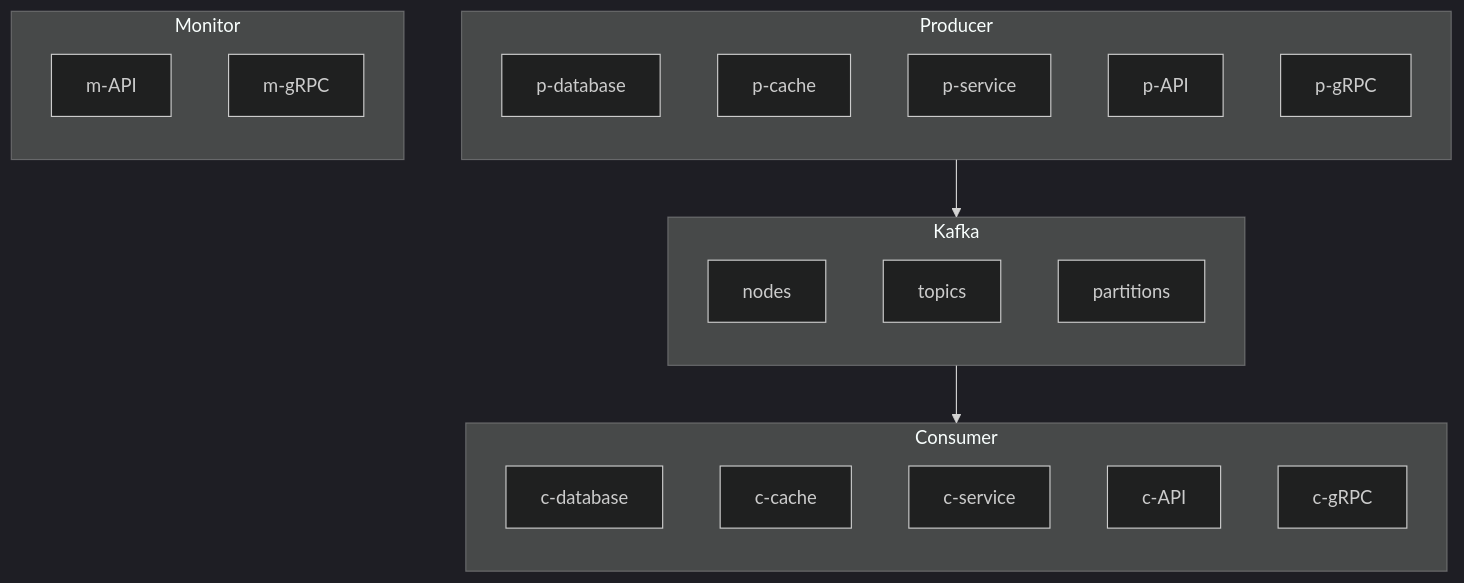
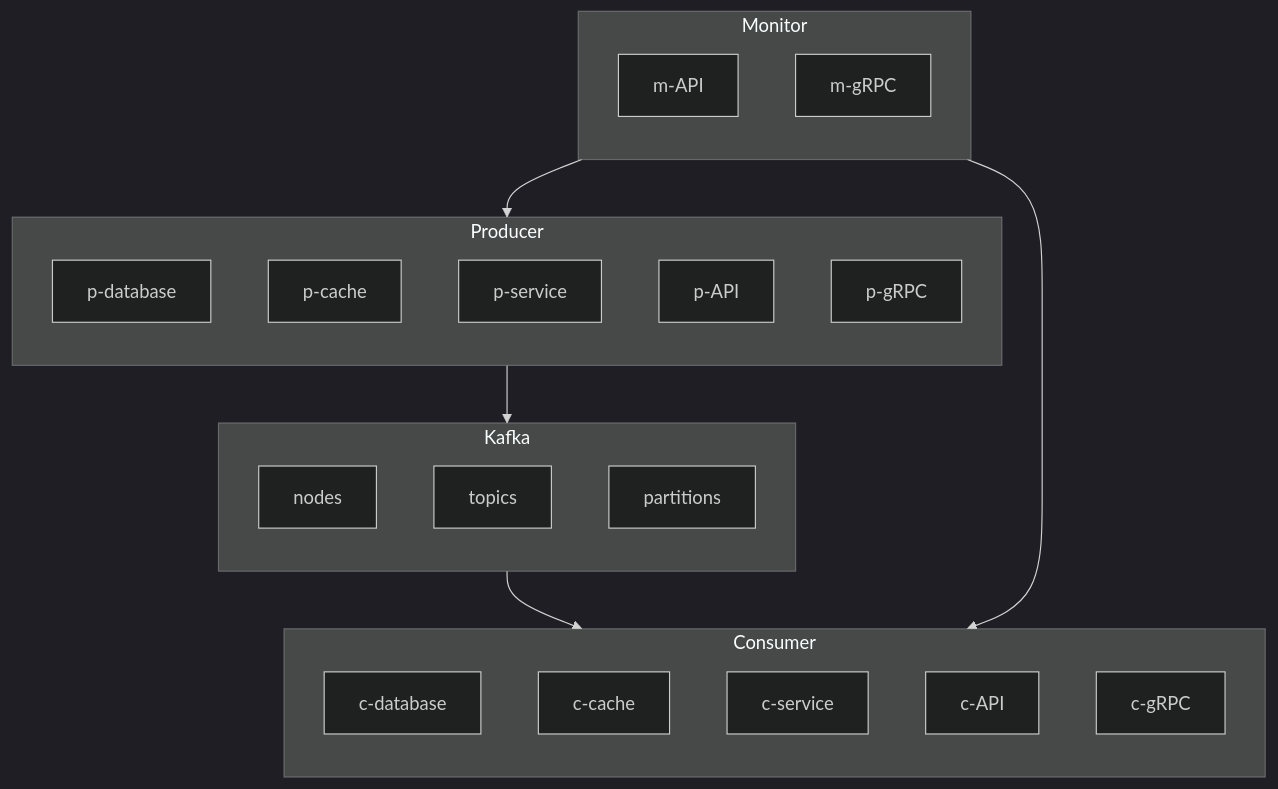
One commit to BurhanH/proxeneta changed the diagram in README.md. Above: the diagram before and after it, drawn with Mermaid (dark theme).

````diff
--- a/README.md
+++ b/README.md
@@ -4,33 +4,35 @@
 ```mermaid
 flowchart TD;
     subgraph Producer;
         direction TB;
         p-database;
         p-cache;
         p-service;
         p-API;
         p-gRPC;
     end
     subgraph Kafka;
         direction TB;
         nodes;
         topics;
         partitions;
     end
     subgraph Consumer;
         direction TB;
         c-database;
         c-cache;
         c-service;
         c-API;
         c-gRPC;
     end
     subgraph Monitor;
         direction TB;
         m-API;
         m-gRPC;
     end
 
     Producer --> Kafka;
     Kafka --> Consumer;
+    Monitor --> Producer;
+    Monitor --> Consumer;
 ```
````
